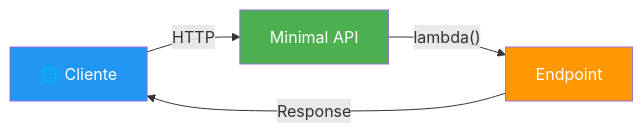
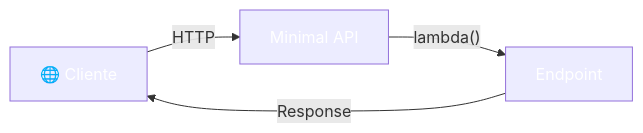
One commit to joseluisgs/DesarrolloWebEntornosServidor-02-2026-2027 changed the first of 4 diagrams in 03-minimal-apis.md. Above: the diagram before and after it, drawn with Mermaid. The commit also changed other lines of this file and 41 other files, not shown here.

````diff
--- a/03-minimal-apis.md
+++ b/03-minimal-apis.md
@@ -62,9 +62,9 @@
 ```mermaid
 flowchart LR
     A["🌐 Cliente"] -->|HTTP| B["Minimal API"]
     B -->|"lambda()"| C["Endpoint"]
     C -->|Response| A
-    style A fill:#2196F3,color:#fff
-    style B fill:#4CAF50,color:#fff
-    style C fill:#FF9800,color:#fff
+    style A fill:#2196F,color:#fff3,color:#fff
+    style B fill:#4CAF5,color:#fff0,color:#fff
+    style C fill:#FF980,color:#fff0,color:#fff
 ```
````
